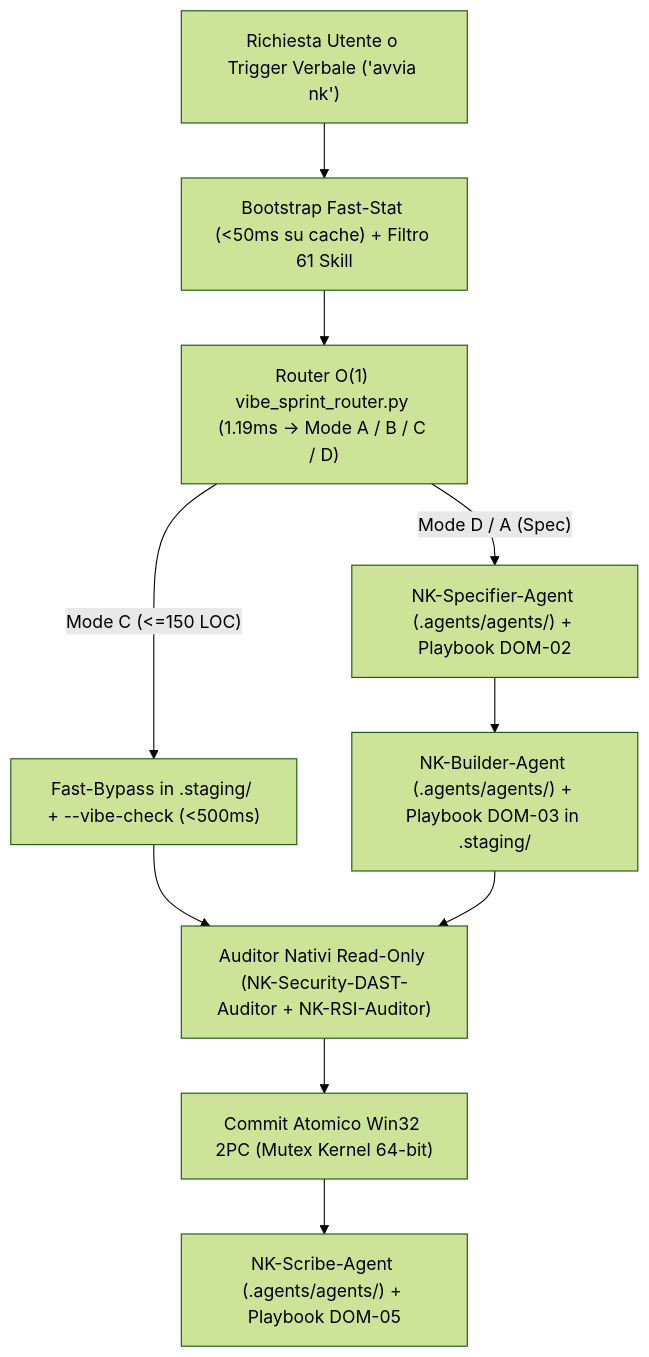
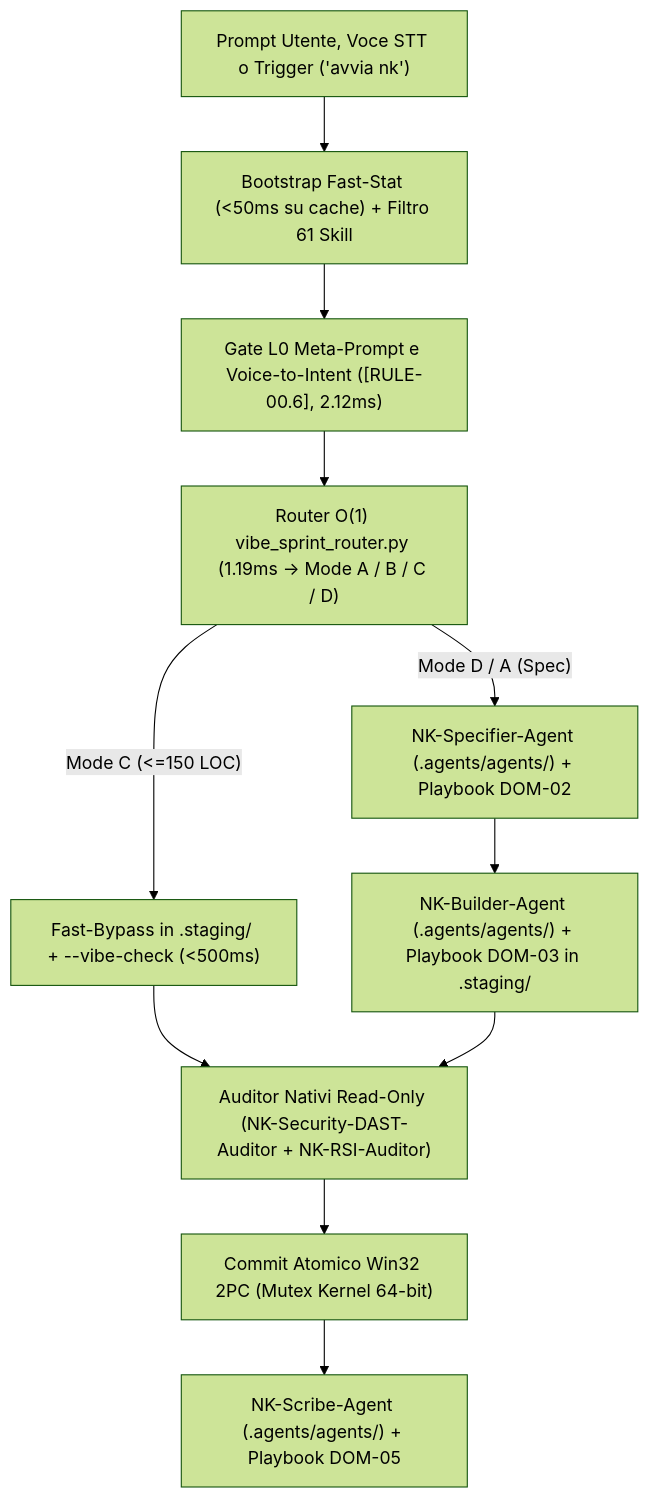
Before and after one commit to erbaldo86/NK-Hub: the first of 2 diagrams in README.it.md, drawn with Mermaid (forest theme). The commit also changed other lines of this file and 28 other files, not shown here.

Commit message:
Release v4.1.0-Super-Meta-Prompt-Gate (WP13-UNIFIED): Gate L0 [RULE-00.6], STT Normalizer, FSM Anti-Loop e 90 Golden Tests

````diff
--- a/README.it.md
+++ b/README.it.md
@@ -80,12 +83,13 @@
 ```mermaid
 flowchart TD
-    U["Richiesta Utente o Trigger Verbale ('avvia nk')"] --> B["Bootstrap Fast-Stat (<50ms su cache) + Filtro 61 Skill"]
-    B --> R["Router O(1) vibe_sprint_router.py (1.19ms -> Mode A / B / C / D)"]
+    U["Prompt Utente, Voce STT o Trigger ('avvia nk')"] --> B["Bootstrap Fast-Stat (<50ms su cache) + Filtro 61 Skill"]
+    B --> G0["Gate L0 Meta-Prompt e Voice-to-Intent ([RULE-00.6], 2.12ms)"]
+    G0 --> R["Router O(1) vibe_sprint_router.py (1.19ms -> Mode A / B / C / D)"]
     R -->|"Mode C (<=150 LOC)"| FB["Fast-Bypass in .staging/ + --vibe-check (<500ms)"]
     R -->|"Mode D / A (Spec)"| A1["NK-Specifier-Agent (.agents/agents/) + Playbook DOM-02"]
     A1 --> A2["NK-Builder-Agent (.agents/agents/) + Playbook DOM-03 in .staging/"]
     FB --> A3["Auditor Nativi Read-Only (NK-Security-DAST-Auditor + NK-RSI-Auditor)"]
     A2 --> A3
     A3 --> C["Commit Atomico Win32 2PC (Mutex Kernel 64-bit)"]
     C --> A4["NK-Scribe-Agent (.agents/agents/) + Playbook DOM-05"]
 ```
````
